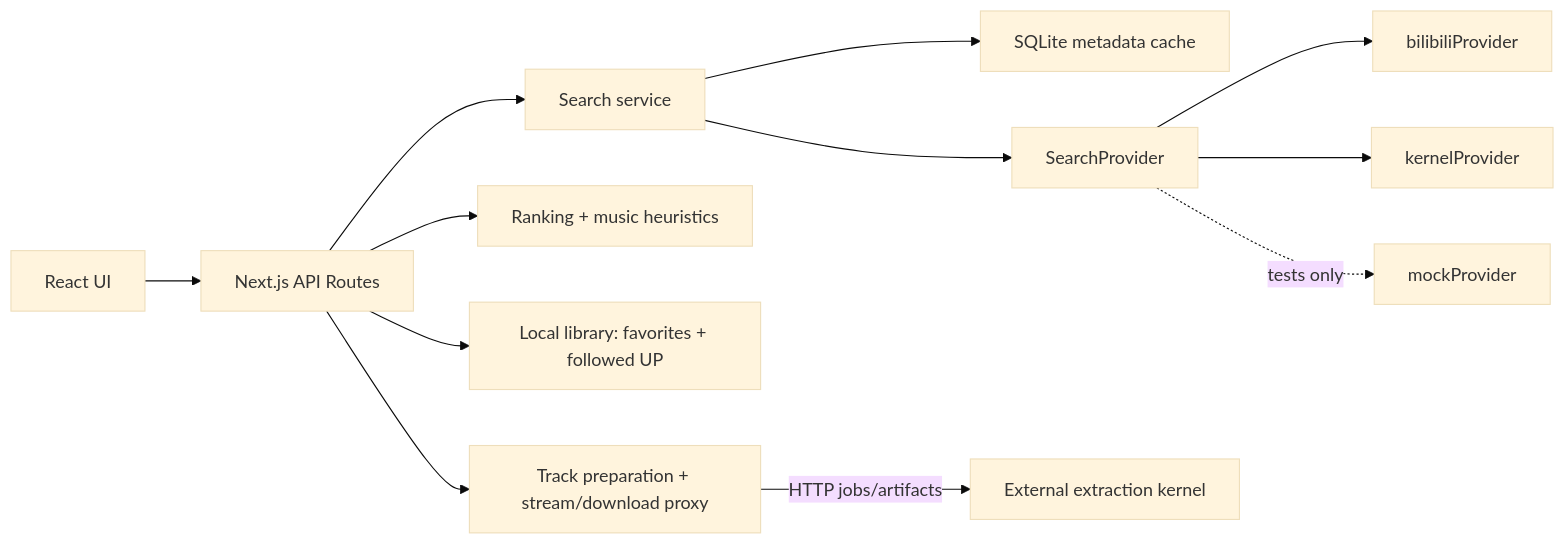
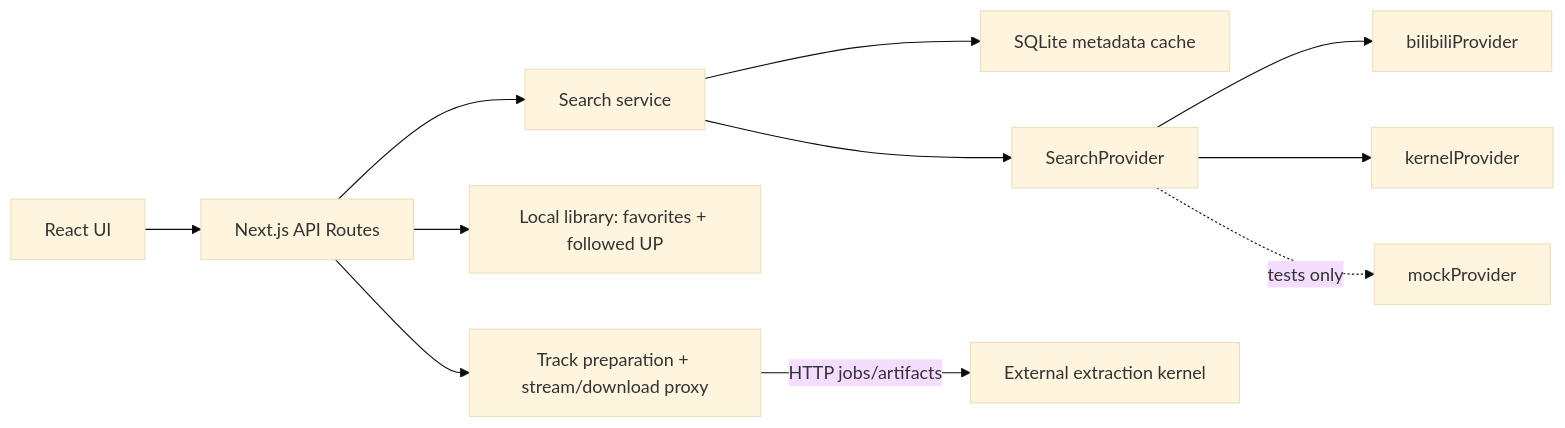
The diagram in bili-music-app/src/docs/ARCHITECTURE.md (ftweg2/b-music), drawn with Mermaid (base theme) before and after one commit. The commit also changed other lines of this file and 206 other files, not shown here.

````diff
--- a/bili-music-app/src/docs/ARCHITECTURE.md
+++ b/bili-music-app/src/docs/ARCHITECTURE.md
@@ -5,14 +5,13 @@
 ```mermaid
 flowchart LR
   UI["React UI"] --> Routes["Next.js API Routes"]
   Routes --> Search["Search service"]
   Search --> Cache["SQLite metadata cache"]
   Search --> Provider["SearchProvider"]
   Provider --> Bili["bilibiliProvider"]
   Provider --> KernelSearch["kernelProvider"]
   Provider -. tests only .-> Mock["mockProvider"]
-  Routes --> Ranker["Ranking + music heuristics"]
   Routes --> Library["Local library: favorites + followed UP"]
   Routes --> Tracks["Track preparation + stream/download proxy"]
   Tracks -- HTTP jobs/artifacts --> Kernel["External extraction kernel"]
 ```
````
